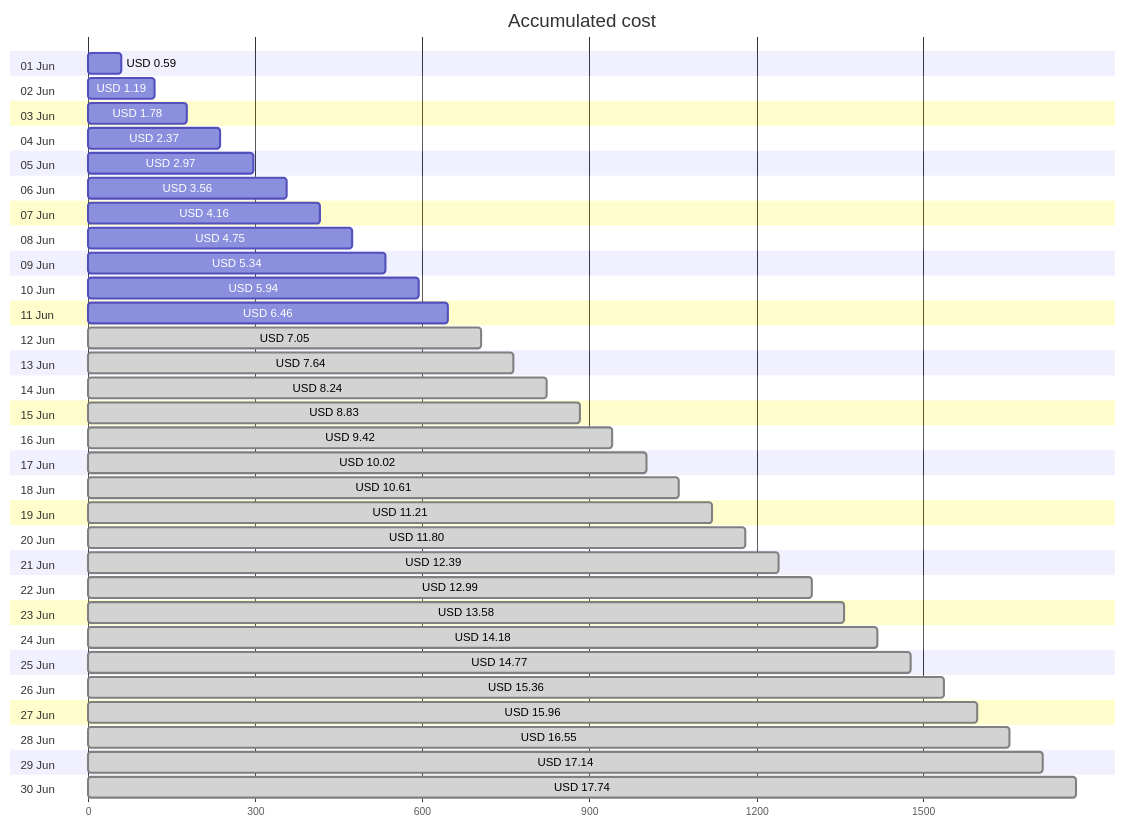
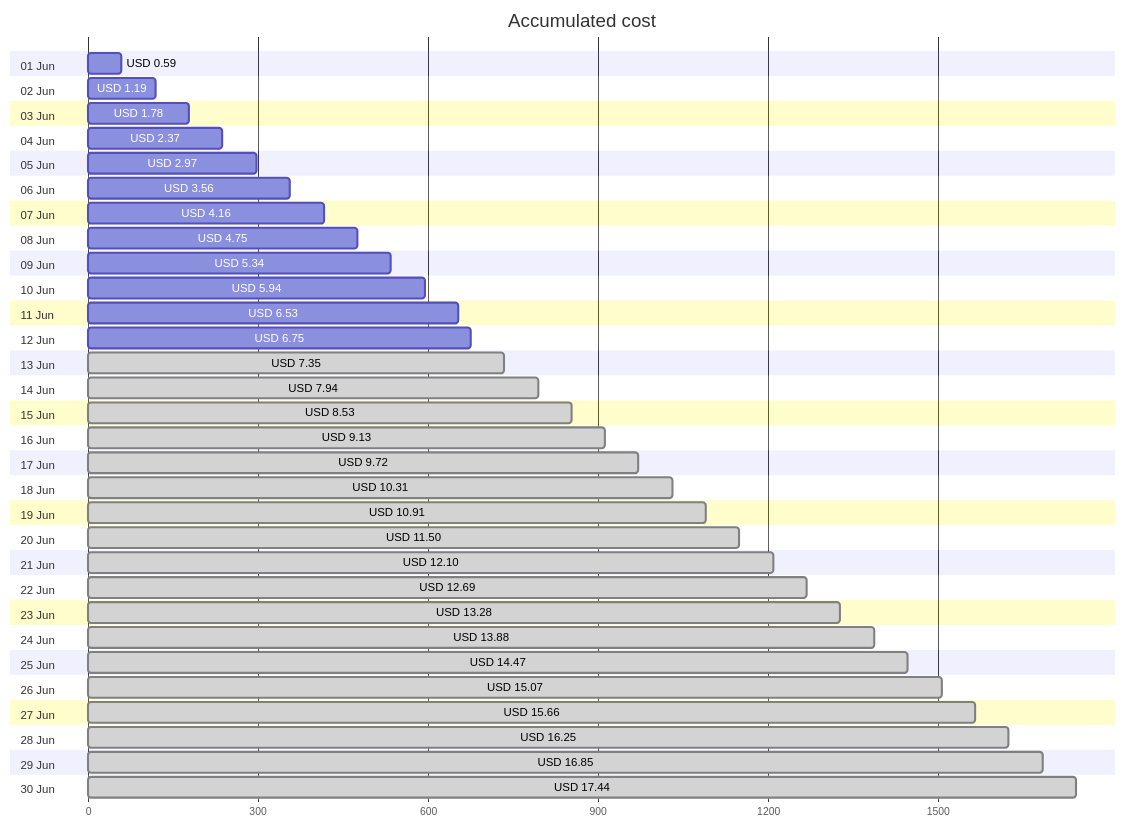
The first of 4 diagrams in cost-reports/personal-site/README.md (jpfulton/azure-personal-reports), drawn with Mermaid before and after one commit. The commit also changed other lines of this file and 6 other files, not shown here.

````diff
--- a/cost-reports/personal-site/README.md
+++ b/cost-reports/personal-site/README.md
@@ -20,66 +20,66 @@
 ```mermaid
 gantt
    title Accumulated cost
    dateFormat  X
    axisFormat %s
    section 01 Jun
    USD 0.59 :0, 59
    section 02 Jun
    USD 1.19 :0, 119
    section 03 Jun
    USD 1.78 :0, 178
    section 04 Jun
    USD 2.37 :0, 237
    section 05 Jun
    USD 2.97 :0, 297
    section 06 Jun
    USD 3.56 :0, 356
    section 07 Jun
    USD 4.16 :0, 416
    section 08 Jun
    USD 4.75 :0, 475
    section 09 Jun
    USD 5.34 :0, 534
    section 10 Jun
    USD 5.94 :0, 594
    section 11 Jun
-   USD 6.46 :0, 646
+   USD 6.53 :0, 653
    section 12 Jun
-   USD 7.05 : done, 0, 705
+   USD 6.75 :0, 675
    section 13 Jun
-   USD 7.64 : done, 0, 764
+   USD 7.35 : done, 0, 735
    section 14 Jun
-   USD 8.24 : done, 0, 824
+   USD 7.94 : done, 0, 794
    section 15 Jun
-   USD 8.83 : done, 0, 883
+   USD 8.53 : done, 0, 853
    section 16 Jun
-   USD 9.42 : done, 0, 942
+   USD 9.13 : done, 0, 913
    section 17 Jun
-   USD 10.02 : done, 0, 1002
+   USD 9.72 : done, 0, 972
    section 18 Jun
-   USD 10.61 : done, 0, 1061
+   USD 10.31 : done, 0, 1031
    section 19 Jun
-   USD 11.21 : done, 0, 1121
+   USD 10.91 : done, 0, 1091
    section 20 Jun
-   USD 11.80 : done, 0, 1180
+   USD 11.50 : done, 0, 1150
    section 21 Jun
-   USD 12.39 : done, 0, 1239
+   USD 12.10 : done, 0, 1210
    section 22 Jun
-   USD 12.99 : done, 0, 1299
+   USD 12.69 : done, 0, 1269
    section 23 Jun
-   USD 13.58 : done, 0, 1358
+   USD 13.28 : done, 0, 1328
    section 24 Jun
-   USD 14.18 : done, 0, 1418
+   USD 13.88 : done, 0, 1388
    section 25 Jun
-   USD 14.77 : done, 0, 1477
+   USD 14.47 : done, 0, 1447
    section 26 Jun
-   USD 15.36 : done, 0, 1536
+   USD 15.07 : done, 0, 1507
    section 27 Jun
-   USD 15.96 : done, 0, 1596
+   USD 15.66 : done, 0, 1566
    section 28 Jun
-   USD 16.55 : done, 0, 1655
+   USD 16.25 : done, 0, 1625
    section 29 Jun
-   USD 17.14 : done, 0, 1714
+   USD 16.85 : done, 0, 1685
    section 30 Jun
-   USD 17.74 : done, 0, 1774
+   USD 17.44 : done, 0, 1744
 ```
````
